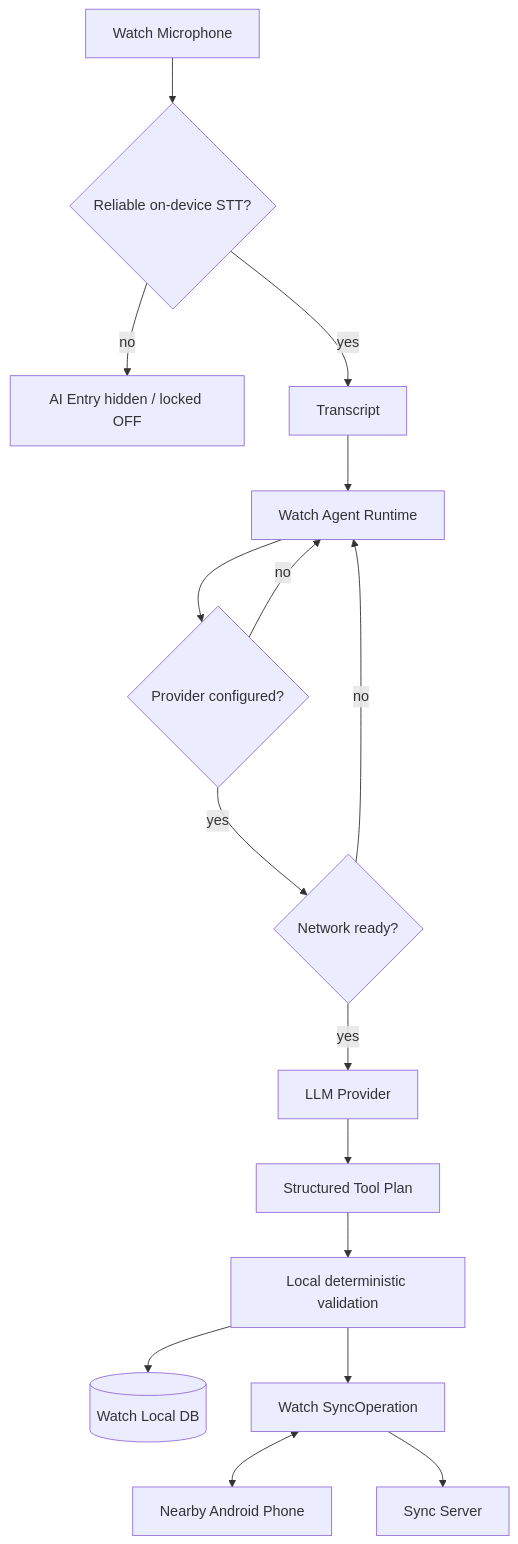
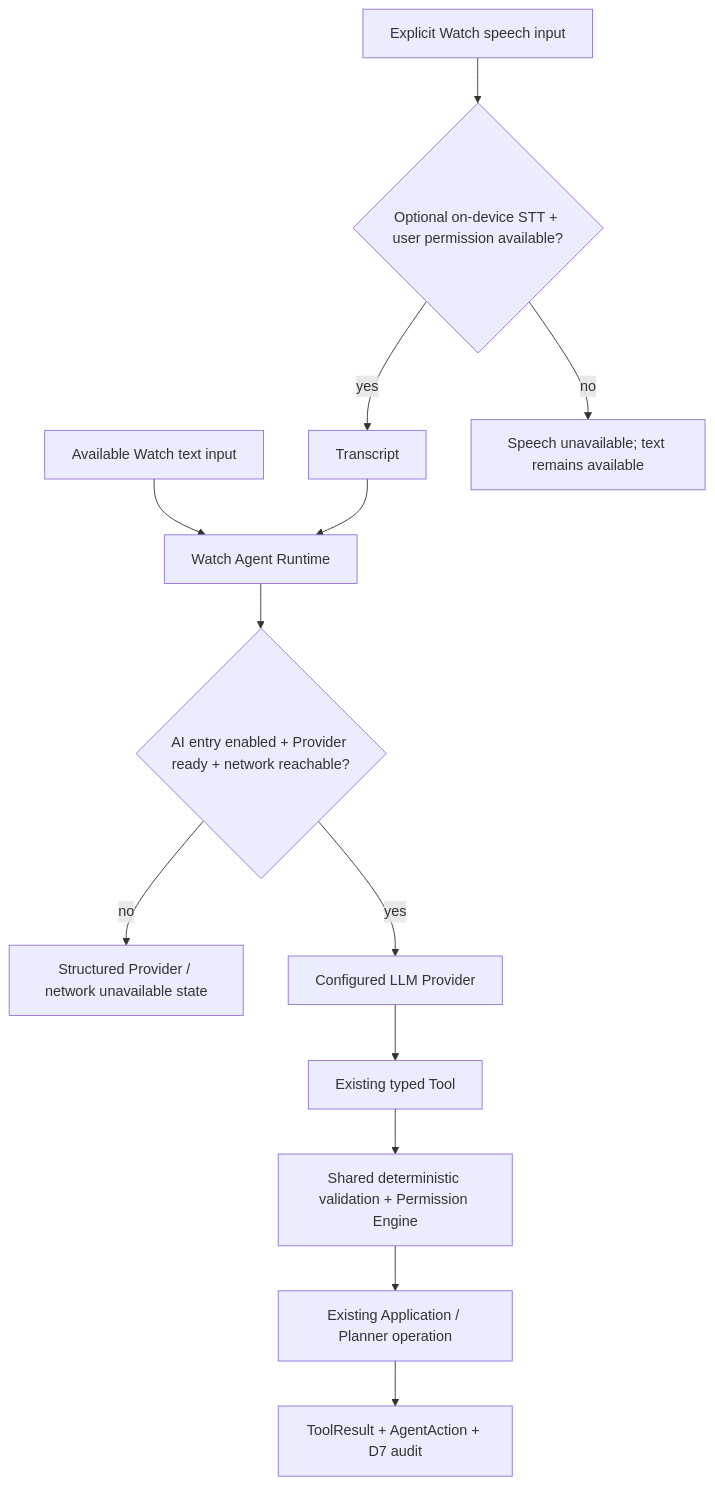
One commit to fangbm/agentic-scheduler changed diagram 12 of 19 in docs/ARCHITECTURE_DIAGRAMS.md. Above: the diagram before and after it, drawn with Mermaid. The commit also changed other lines of this file and 22 other files, not shown here.

````diff
--- a/docs/ARCHITECTURE_DIAGRAMS.md
+++ b/docs/ARCHITECTURE_DIAGRAMS.md
@@ -583,34 +583,29 @@
 ```mermaid
 flowchart TD
-    VOICE[Watch Microphone]
-    STT{Reliable on-device STT?}
-    OFF[AI Entry hidden / locked OFF]
-    TEXT[Transcript]
+    TEXT[Available Watch text input]
+    VOICE[Explicit Watch speech input]
+    STT{Optional on-device STT + user permission available?}
+    SPEECH[Transcript]
+    UNAVAILABLE[Speech unavailable; text remains available]
     WAG[Watch Agent Runtime]
-    PROVIDER{Provider configured?}
-    NET{Network ready?}
-    LLM[LLM Provider]
-    PLAN[Structured Tool Plan]
-    VALID[Local deterministic validation]
-    WDB[(Watch Local DB)]
-    WOP[Watch SyncOperation]
-    PHONE[Nearby Android Phone]
-    SERVER[Sync Server]
+    READY{AI entry enabled + Provider ready + network reachable?}
+    WAIT[Structured Provider / network unavailable state]
+    LLM[Configured LLM Provider]
+    TOOL[Existing typed Tool]
+    VALID[Shared deterministic validation + Permission Engine]
+    APP[Existing Application / Planner operation]
+    AUDIT[ToolResult + AgentAction + D7 audit]
 
+    TEXT --> WAG
     VOICE --> STT
-    STT -- no --> OFF
-    STT -- yes --> TEXT
-    TEXT --> WAG
-    WAG --> PROVIDER
-    PROVIDER -- no --> WAG
-    PROVIDER -- yes --> NET
-    NET -- no --> WAG
-    NET -- yes --> LLM
-    LLM --> PLAN
-    PLAN --> VALID
-    VALID --> WDB
-    VALID --> WOP
-
-    WOP <--> PHONE
-    WOP --> SERVER
+    STT -- no --> UNAVAILABLE
+    STT -- yes --> SPEECH
+    SPEECH --> WAG
+    WAG --> READY
+    READY -- no --> WAIT
+    READY -- yes --> LLM
+    LLM --> TOOL
+    TOOL --> VALID
+    VALID --> APP
+    APP --> AUDIT
 ```
````
